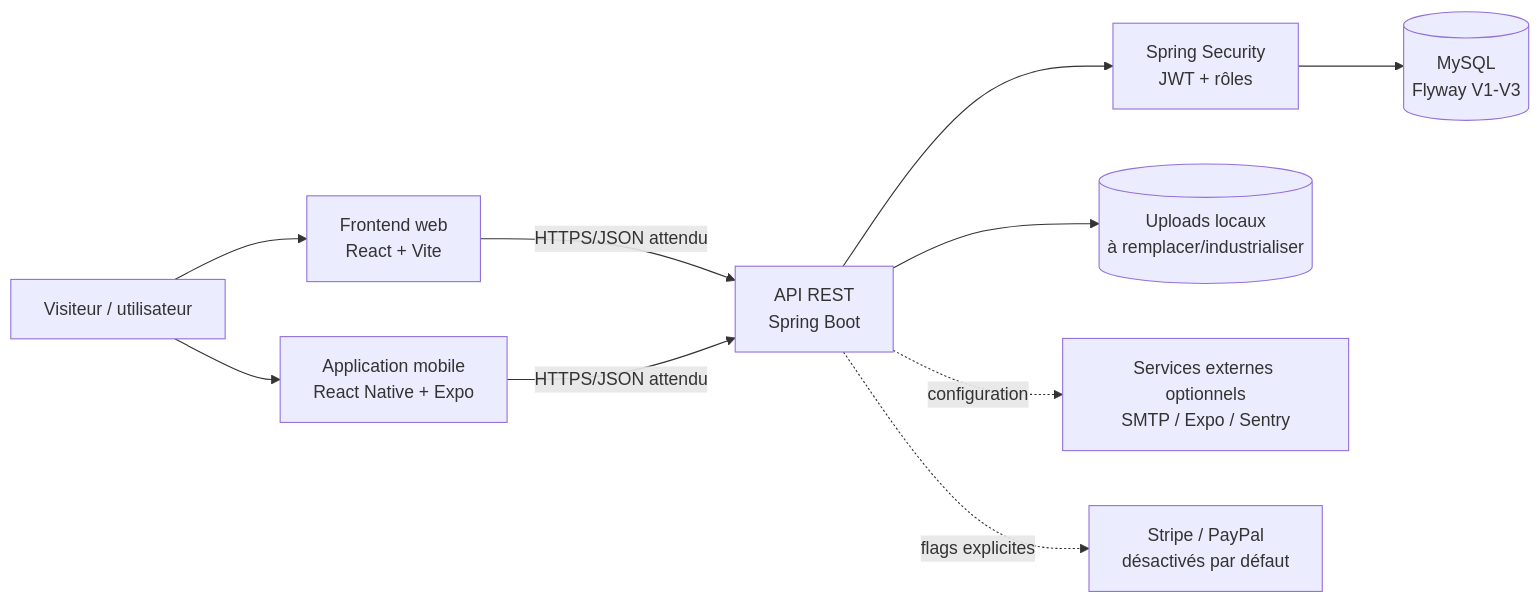
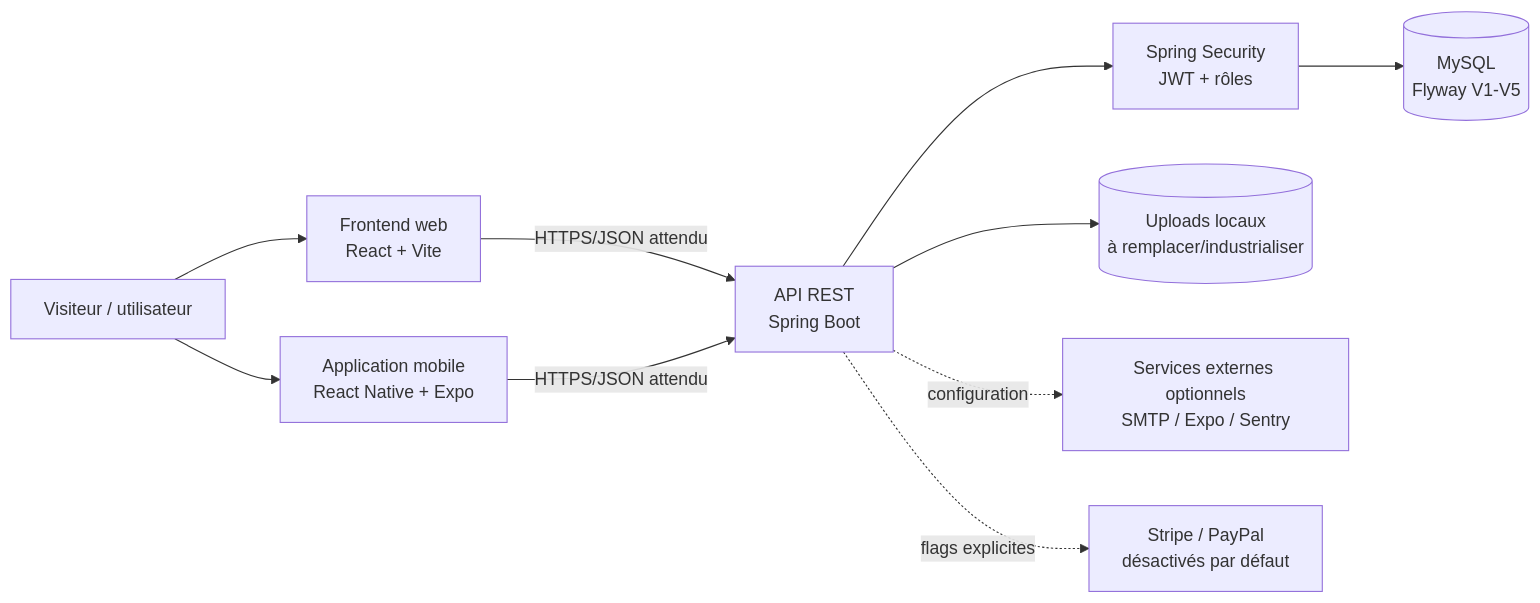
One commit to mmprojet2025-byte/bx-connect-mvp1 changed the first of 3 diagrams in documentation/BX_CONNECT_TRANSMISSION_OFFICE_AGENT.md. Above: the diagram before and after it, drawn with Mermaid. The commit also changed other lines of this file and 29 other files, not shown here.

````diff
--- a/documentation/BX_CONNECT_TRANSMISSION_OFFICE_AGENT.md
+++ b/documentation/BX_CONNECT_TRANSMISSION_OFFICE_AGENT.md
@@ -132,22 +132,22 @@
 ```mermaid
 flowchart LR
     V[Visiteur / utilisateur]
     W[Frontend web\nReact + Vite]
     M[Application mobile\nReact Native + Expo]
     API[API REST\nSpring Boot]
     SEC[Spring Security\nJWT + rôles]
-    DB[(MySQL\nFlyway V1-V3)]
+    DB[(MySQL\nFlyway V1-V5)]
     FS[(Uploads locaux\nà remplacer/industrialiser)]
     EXT[Services externes optionnels\nSMTP / Expo / Sentry]
     PAY[Stripe / PayPal\ndésactivés par défaut]
 
     V --> W
     V --> M
     W -->|HTTPS/JSON attendu| API
     M -->|HTTPS/JSON attendu| API
     API --> SEC
     SEC --> DB
     API --> FS
     API -. configuration .-> EXT
     API -. flags explicites .-> PAY
 ```
````
